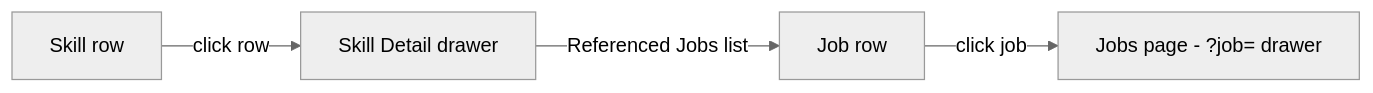
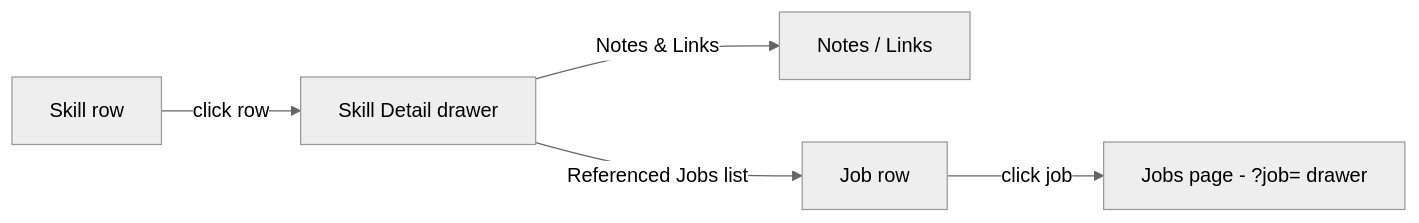
One commit to hassan-mohagheghian/career-os changed the diagram in docs/ux/features/skills/skill-detail.md. Above: the diagram before and after it, drawn with Mermaid (neutral theme). The commit also changed other lines of this file and 26 other files, not shown here.

First line of the commit message:
feat: skill notes & links, prod command, default light theme

````diff
--- a/docs/ux/features/skills/skill-detail.md
+++ b/docs/ux/features/skills/skill-detail.md
@@ -46,6 +54,7 @@
 ```mermaid
 flowchart LR
   SkillRow[Skill row] -->|click row| SkillDetail[Skill Detail drawer]
+  SkillDetail -->|Notes & Links| SkillResources[Notes / Links]
   SkillDetail -->|Referenced Jobs list| JobRow[Job row]
   JobRow -->|click job| JobsPage["Jobs page - ?job=<id> drawer"]
 ```
````
